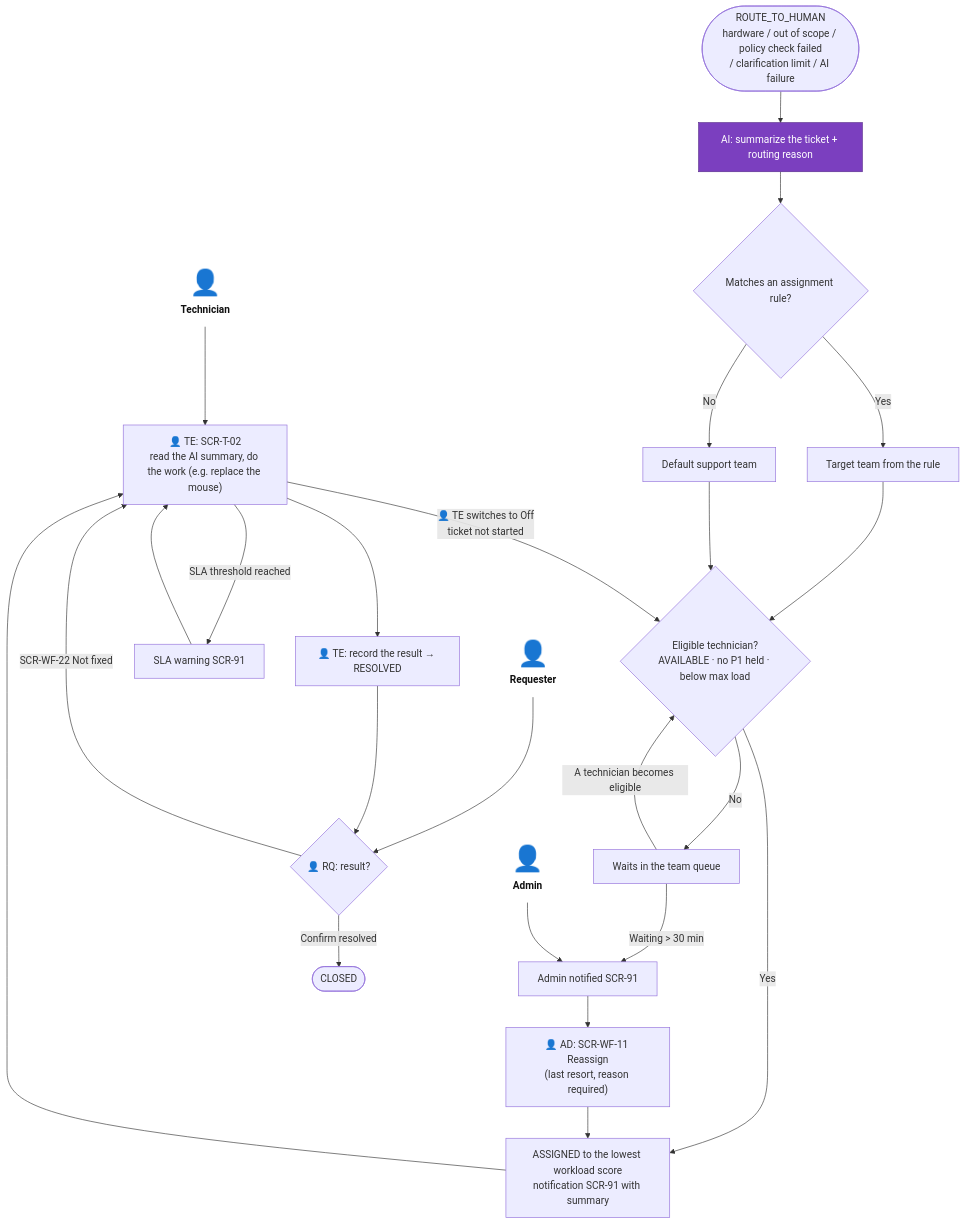
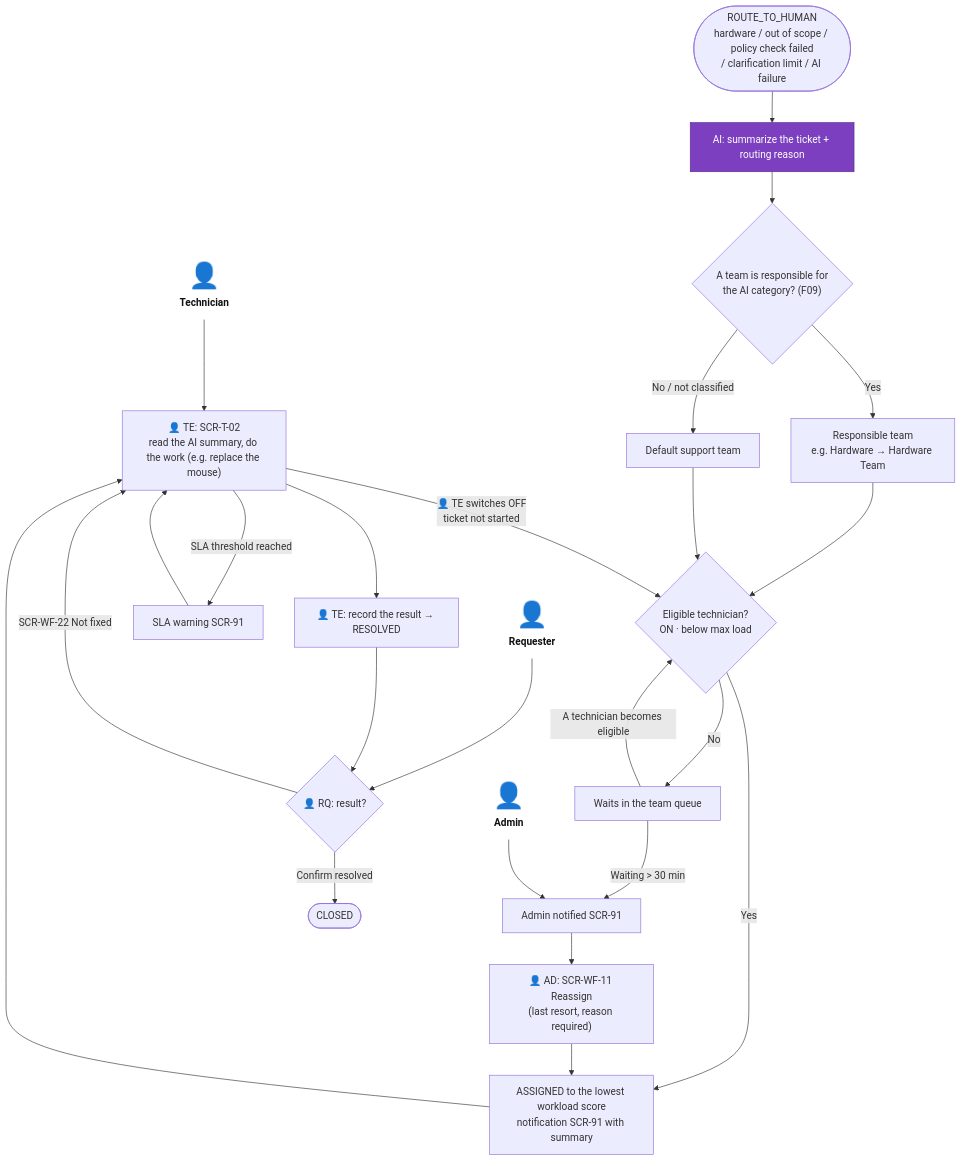
One commit to Akaza-ban/Fable changed the third of 6 diagrams in docs/f05-workflow-automation/information-architecture/05-user-flows.md. Above: the diagram before and after it, drawn with Mermaid. The commit also changed other lines of this file and 15 other files, not shown here.

````diff
--- a/docs/f05-workflow-automation/information-architecture/05-user-flows.md
+++ b/docs/f05-workflow-automation/information-architecture/05-user-flows.md
@@ -73,32 +73,32 @@
 ```mermaid
 flowchart TD
     actTech["<span style='font-size:40px'>👤</span><br/><b>Technician</b>"]:::actor
     actAdmin["<span style='font-size:40px'>👤</span><br/><b>Admin</b>"]:::actor
     actReq["<span style='font-size:40px'>👤</span><br/><b>Requester</b>"]:::actor
     start(["ROUTE_TO_HUMAN<br/>hardware / out of scope / policy check failed<br/>/ clarification limit / AI failure"]) --> summary["AI: summarize the ticket + routing reason"]:::ai
-    summary --> rules{"Matches an assignment rule?"}
-    rules -->|"Yes"| team["Target team from the rule"]
-    rules -->|"No"| deflt["Default support team"]
+    summary --> rules{"A team is responsible for<br/>the AI category? (F09)"}
+    rules -->|"Yes"| team["Responsible team<br/>e.g. Hardware → Hardware Team"]
+    rules -->|"No / not classified"| deflt["Default support team"]
     team --> select
-    deflt --> select{"Eligible technician?<br/>AVAILABLE · no P1 held · below max load"}
+    deflt --> select{"Eligible technician?<br/>ON · below max load"}
     select -->|"Yes"| assign["ASSIGNED to the lowest workload score<br/>notification SCR-91 with summary"]
     select -->|"No"| queue["Waits in the team queue"]
     queue -->|"A technician becomes eligible"| select
     queue -->|"Waiting > 30 min"| alert["Admin notified SCR-91"]
     actAdmin --> alert
     alert --> manual["👤 AD: SCR-WF-11 Reassign<br/>(last resort, reason required)"]
     manual --> assign
     actTech --> work
     assign --> work["👤 TE: SCR-T-02<br/>read the AI summary, do the work (e.g. replace the mouse)"]
     work -->|"SLA threshold reached"| warn["SLA warning SCR-91"]
     warn --> work
-    work -->|"👤 TE switches to Off<br/>ticket not started"| select
+    work -->|"👤 TE switches OFF<br/>ticket not started"| select
     work --> done["👤 TE: record the result → RESOLVED"]
     actReq --> confirm
     done --> confirm{"👤 RQ: result?"}
     confirm -->|"Confirm resolved"| closed(["CLOSED"])
     confirm -->|"SCR-WF-22 Not fixed"| work
 
     classDef actor fill:none,stroke:none,color:#111
     classDef ai fill:#7b3fbf,color:#fff,stroke:#5a2d8c
 ```
````
